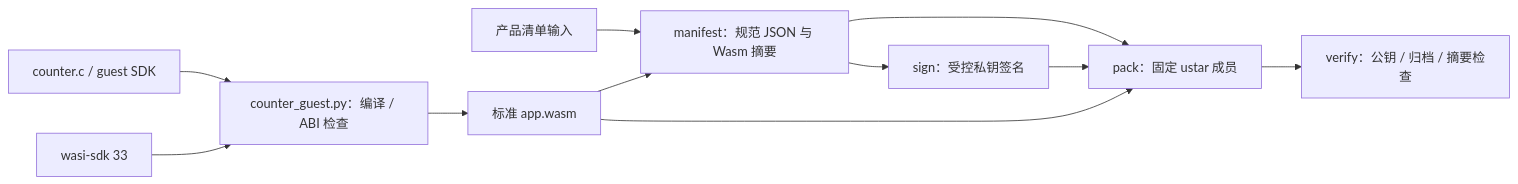
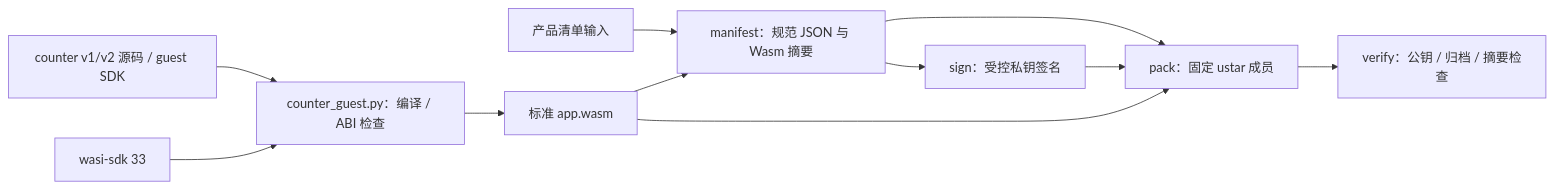
Before and after one commit to esp-space/esp-container: the diagram in tools/README.md, drawn with Mermaid. The commit also changed other lines of this file and 12 other files, not shown here.

````diff
--- a/tools/README.md
+++ b/tools/README.md
@@ -7,13 +7,13 @@
 ```mermaid
 flowchart LR
-    source["counter.c / guest SDK"] --> builder["counter_guest.py：编译 / ABI 检查"]
+    source["counter v1/v2 源码 / guest SDK"] --> builder["counter_guest.py：编译 / ABI 检查"]
     wasi["wasi-sdk 33"] --> builder
     builder --> wasm
     spec["产品清单输入"] --> manifest["manifest：规范 JSON 与 Wasm 摘要"]
     wasm["标准 app.wasm"] --> manifest
     manifest --> sign["sign：受控私钥签名"]
     manifest --> pack["pack：固定 ustar 成员"]
     sign --> pack
     wasm --> pack
     pack --> verify["verify：公钥 / 归档 / 摘要检查"]
 ```
````
